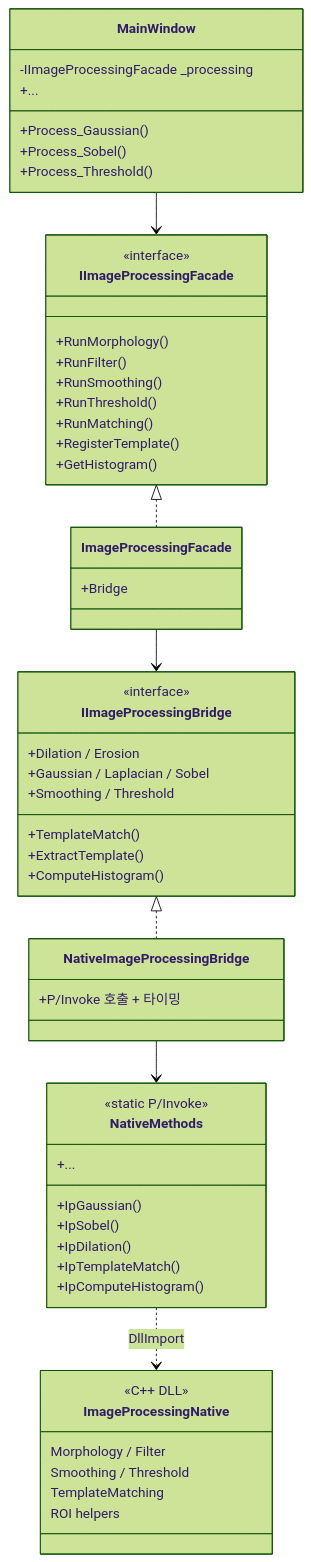
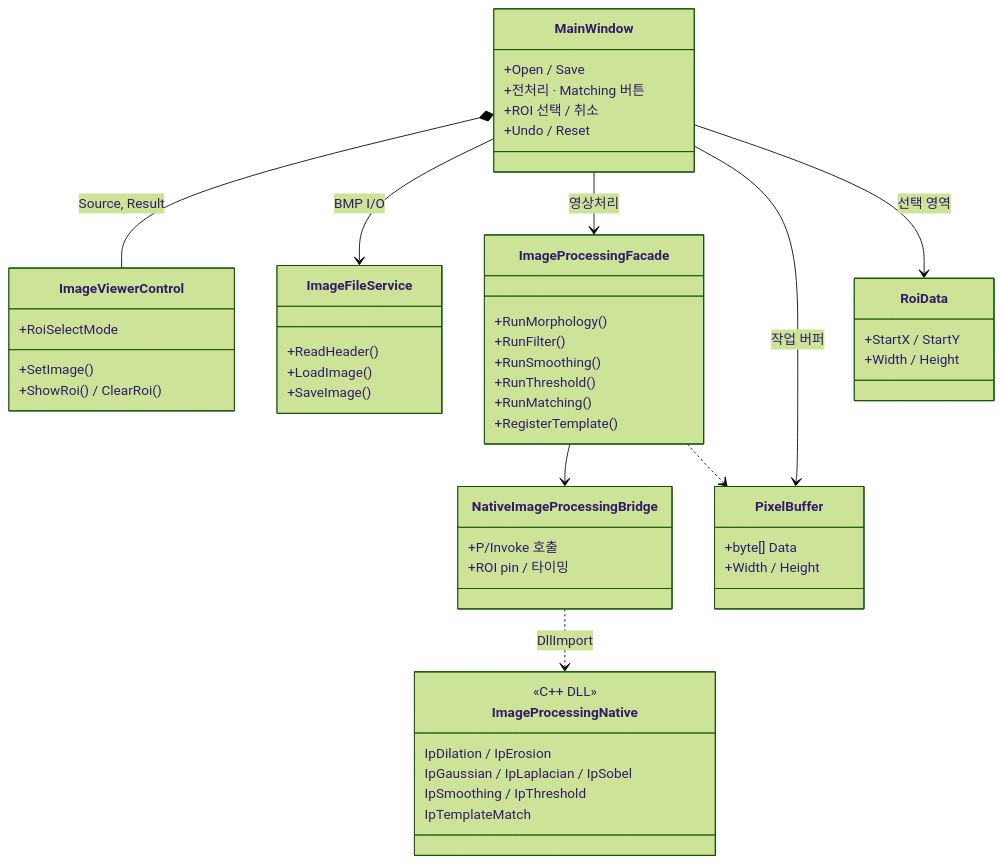
The second of 3 diagrams in Docs/ClassDiagram.md (wookoonngg/ImageProcess), drawn with Mermaid (forest theme) before and after one commit. The commit also changed other lines of this file and 15 other files, not shown here.

````diff
--- a/Docs/ClassDiagram.md
+++ b/Docs/ClassDiagram.md
@@ -188,66 +58,65 @@
 ```mermaid
 classDiagram
     direction TB
 
     class MainWindow {
-        -IImageProcessingFacade _processing
-        +Process_Gaussian()
-        +Process_Sobel()
-        +Process_Threshold()
-        +...
+        +Open / Save
+        +전처리 · Matching 버튼
+        +ROI 선택 / 취소
+        +Undo / Reset
     }
 
-    class IImageProcessingFacade {
-        <<interface>>
+    class ImageViewerControl {
+        +SetImage()
+        +RoiSelectMode
+        +ShowRoi() / ClearRoi()
+    }
+
+    class ImageFileService {
+        +ReadHeader()
+        +LoadImage()
+        +SaveImage()
+    }
+
+    class ImageProcessingFacade {
         +RunMorphology()
         +RunFilter()
         +RunSmoothing()
         +RunThreshold()
         +RunMatching()
         +RegisterTemplate()
-        +GetHistogram()
-    }
-
-    class ImageProcessingFacade {
-        +Bridge
-    }
-
-    class IImageProcessingBridge {
-        <<interface>>
-        +Dilation / Erosion
-        +Gaussian / Laplacian / Sobel
-        +Smoothing / Threshold
-        +TemplateMatch()
-        +ExtractTemplate()
-        +ComputeHistogram()
     }
 
     class NativeImageProcessingBridge {
-        +P/Invoke 호출 + 타이밍
+        +P/Invoke 호출
+        +ROI pin / 타이밍
     }
 
-    class NativeMethods {
-        <<static P/Invoke>>
-        +IpGaussian()
-        +IpSobel()
-        +IpDilation()
-        +IpTemplateMatch()
-        +IpComputeHistogram()
-        +...
+    class PixelBuffer {
+        +byte[] Data
+        +Width / Height
+    }
+
+    class RoiData {
+        +StartX / StartY
+        +Width / Height
     }
 
     class ImageProcessingNative {
         <<C++ DLL>>
-        Morphology / Filter
-        Smoothing / Threshold
-        TemplateMatching
-        ROI helpers
+        IpDilation / IpErosion
+        IpGaussian / IpLaplacian / IpSobel
+        IpSmoothing / IpThreshold
+        IpTemplateMatch
     }
 
-    MainWindow --> IImageProcessingFacade
-    IImageProcessingFacade <|.. ImageProcessingFacade
-    ImageProcessingFacade --> IImageProcessingBridge
-    IImageProcessingBridge <|.. NativeImageProcessingBridge
-    NativeImageProcessingBridge --> NativeMethods
-    NativeMethods ..> ImageProcessingNative : DllImport
+    MainWindow *-- ImageViewerControl : Source, Result
+    MainWindow --> ImageFileService : BMP I/O
+    MainWindow --> ImageProcessingFacade : 영상처리
+    MainWindow --> PixelBuffer : 작업 버퍼
+    MainWindow --> RoiData : 선택 영역
+
+    ImageProcessingFacade --> NativeImageProcessingBridge
+    NativeImageProcessingBridge ..> ImageProcessingNative : DllImport
+    ImageProcessingFacade ..> PixelBuffer
 ```
````
